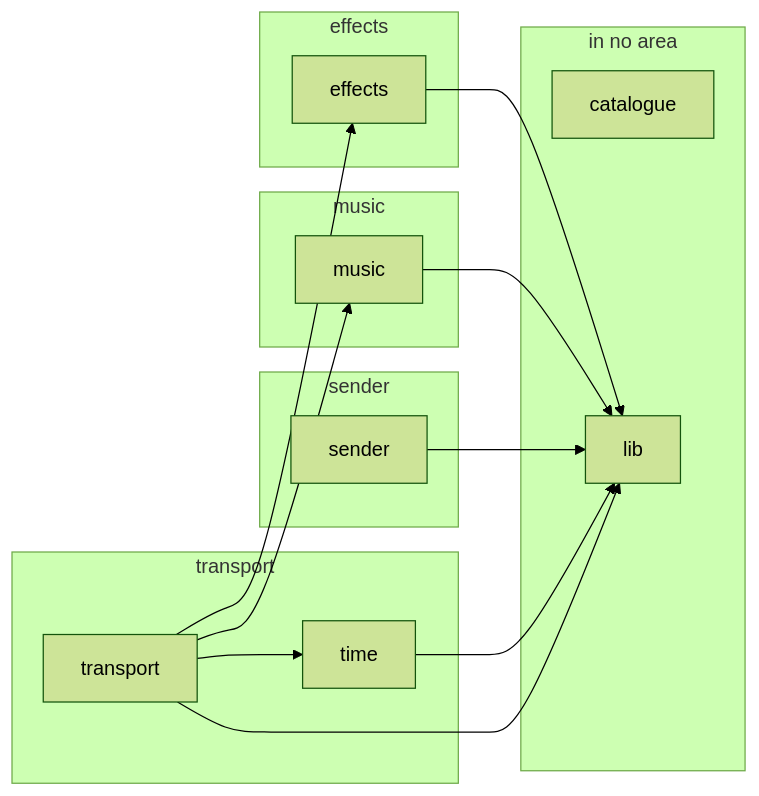
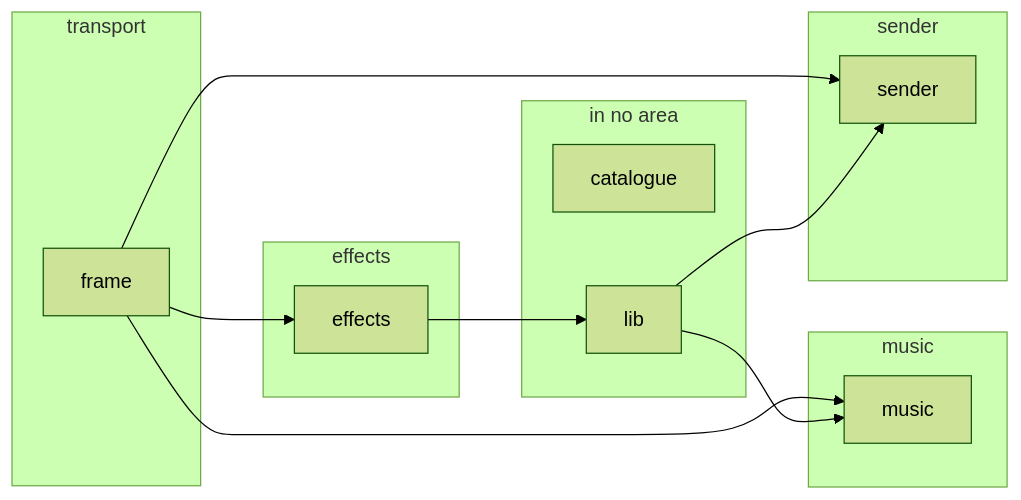
One commit to JimLundin/sm-decomp changed the third of 18 diagrams in docs/REPORT.md. Above: the diagram before and after it, drawn with Mermaid (forest theme). The commit also changed other lines of this file and 109 other files, not shown here.

````diff
--- a/docs/REPORT.md
+++ b/docs/REPORT.md
@@ -1076,28 +1047,25 @@
 ```mermaid
 graph LR
   subgraph a_in_no_area["in no area"]
     m_catalogue["catalogue"]
     m_lib["lib"]
   end
   subgraph a_effects["effects"]
     m_effects["effects"]
   end
   subgraph a_music["music"]
     m_music["music"]
   end
   subgraph a_sender["sender"]
     m_sender["sender"]
   end
   subgraph a_transport["transport"]
-    m_time["time"]
-    m_transport["transport"]
+    m_frame["frame"]
   end
   m_effects --> m_lib
-  m_music --> m_lib
-  m_sender --> m_lib
-  m_time --> m_lib
-  m_transport --> m_effects
-  m_transport --> m_lib
-  m_transport --> m_music
-  m_transport --> m_time
+  m_frame --> m_effects
+  m_frame --> m_music
+  m_frame --> m_sender
+  m_lib --> m_music
+  m_lib --> m_sender
 ```
````
